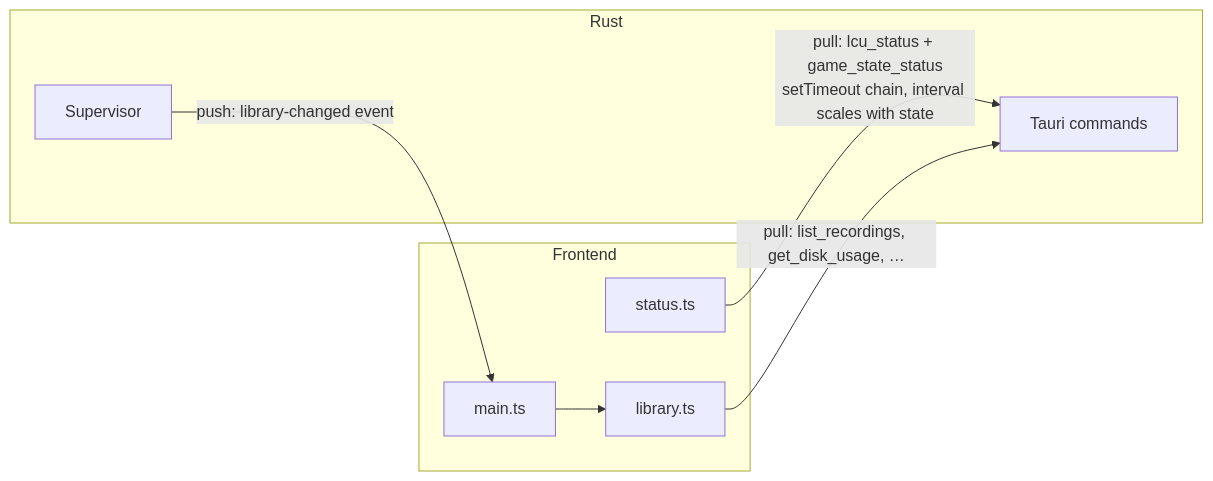
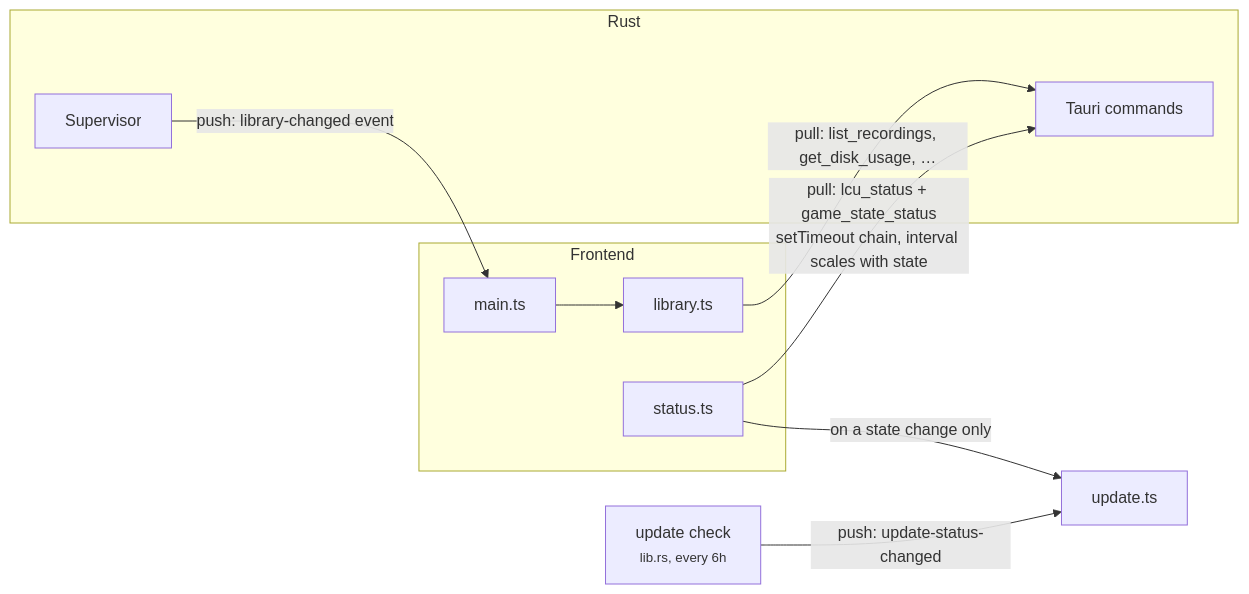
One commit to NinjaGoldfinch/ninja-recorder changed the third of 4 diagrams in docs/frontend.md. Above: the diagram before and after it, drawn with Mermaid. The commit also changed other lines of this file and 23 other files, not shown here.

````diff
--- a/docs/frontend.md
+++ b/docs/frontend.md
@@ -306,16 +312,20 @@
 ```mermaid
 flowchart LR
     subgraph FE["Frontend"]
         S["status.ts"]
         M["main.ts"]
         L["library.ts"]
     end
     subgraph BE["Rust"]
         CMD["Tauri commands"]
         SUP["Supervisor"]
     end
     S -->|"pull: lcu_status + game_state_status<br/>setTimeout chain, interval scales with state"| CMD
     L -->|"pull: list_recordings, get_disk_usage, …"| CMD
     SUP -->|"push: library-changed event"| M
+    UPD["update.ts"]
+    UPDBE["update check<br/><small>lib.rs, every 6h</small>"]
+    UPDBE -->|"push: update-status-changed"| UPD
+    S -->|"on a state change only"| UPD
     M --> L
 ```
````
